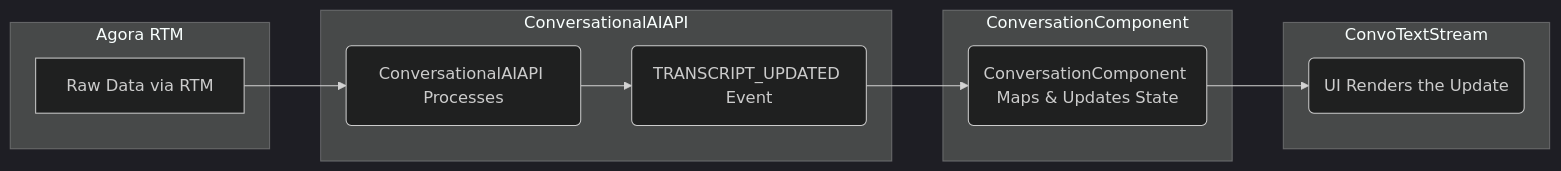
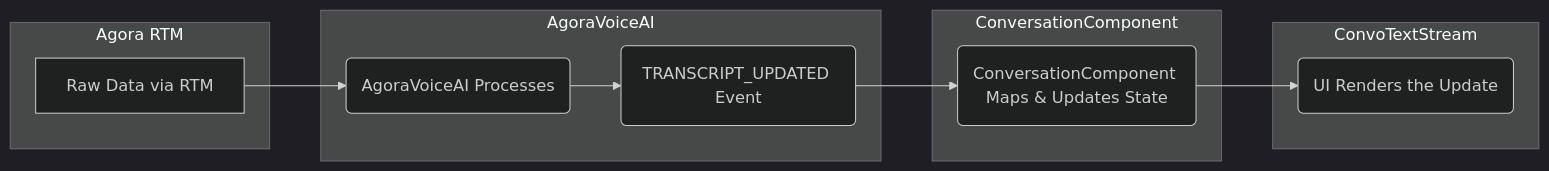
Before and after one commit to AgoraIO-Conversational-AI/agora-convoai-quickstart-nextjs: the second of 3 diagrams in DOCS/TEXT_STREAMING_GUIDE.md, drawn with Mermaid (dark theme). The commit also changed other lines of this file and 1 other file, not shown here.

````diff
--- a/DOCS/TEXT_STREAMING_GUIDE.md
+++ b/DOCS/TEXT_STREAMING_GUIDE.md
@@ -43,21 +53,21 @@
 ```mermaid
 graph LR
-    A[Raw Data via RTM] --> B(ConversationalAIAPI Processes);
+    A[Raw Data via RTM] --> B(AgoraVoiceAI Processes);
     B --> C(TRANSCRIPT_UPDATED Event);
     C --> D(ConversationComponent Maps & Updates State);
     D --> E(UI Renders the Update);
 
     subgraph RTM [Agora RTM]
         A
     end
-    subgraph API [ConversationalAIAPI]
+    subgraph API [AgoraVoiceAI]
         B
         C
     end
     subgraph ConvoComp [ConversationComponent]
         D
     end
     subgraph ConvoStream [ConvoTextStream]
         E
     end
 ```
````
